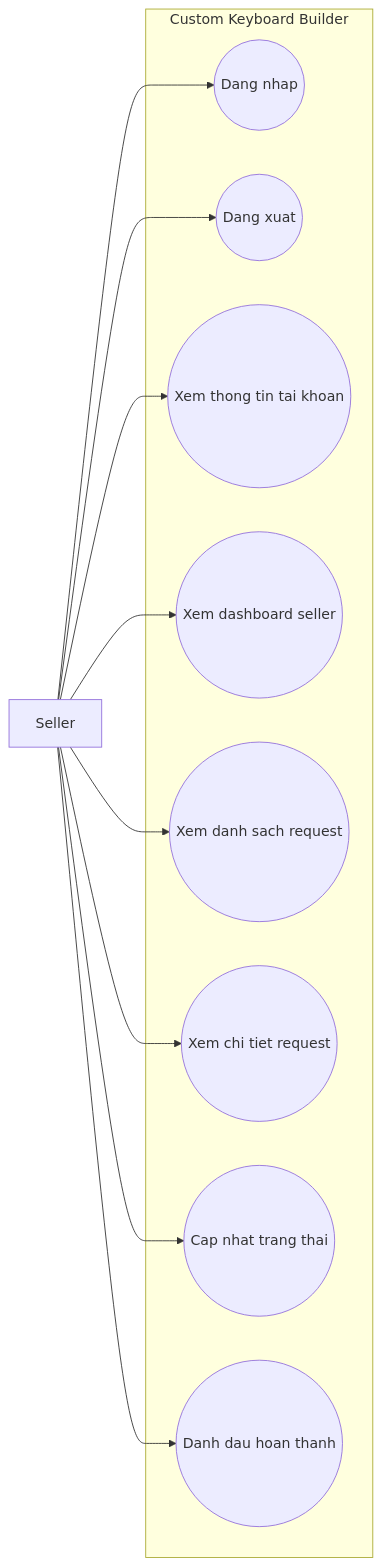
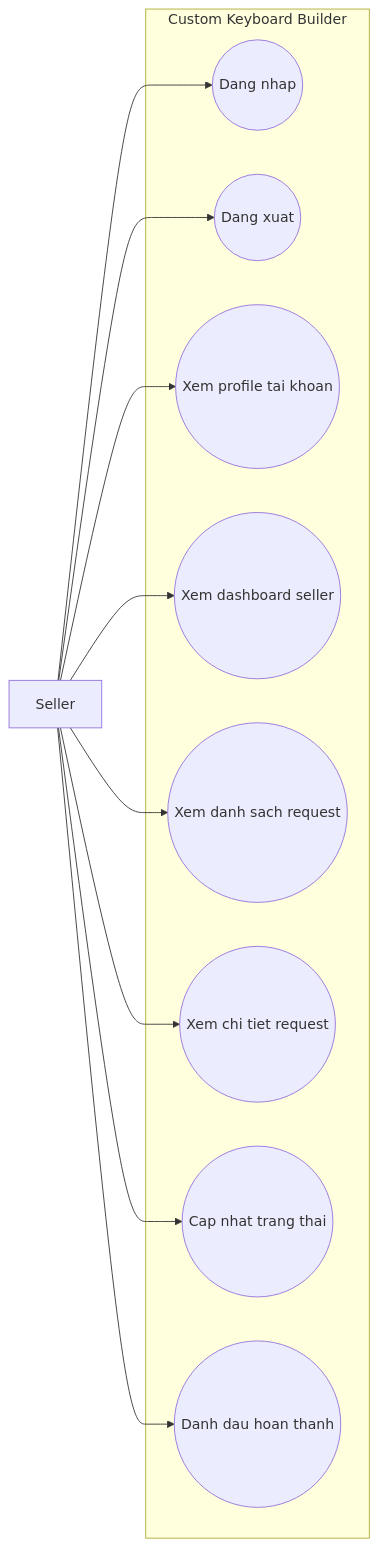
One commit to froynar/Custom_keyboard changed the second of 4 diagrams in Documents/Custom_Keyboard_Use_Cases.md. Above: the diagram before and after it, drawn with Mermaid. The commit also changed other lines of this file and 81 other files, not shown here.

````diff
--- a/Documents/Custom_Keyboard_Use_Cases.md
+++ b/Documents/Custom_Keyboard_Use_Cases.md
@@ -136,25 +136,25 @@
 ```mermaid
 flowchart LR
     Seller["Seller"]
 
     subgraph System["Custom Keyboard Builder"]
         UC12(("Dang nhap"))
         UC13(("Dang xuat"))
-        UC14(("Xem thong tin tai khoan"))
+        UC14(("Xem profile tai khoan"))
 
         UC31(("Xem dashboard seller"))
         UC32(("Xem danh sach request"))
         UC33(("Xem chi tiet request"))
         UC34(("Cap nhat trang thai"))
         UC35(("Danh dau hoan thanh"))
     end
 
     Seller --> UC12
     Seller --> UC13
     Seller --> UC14
     Seller --> UC31
     Seller --> UC32
     Seller --> UC33
     Seller --> UC34
     Seller --> UC35
 ```
````
